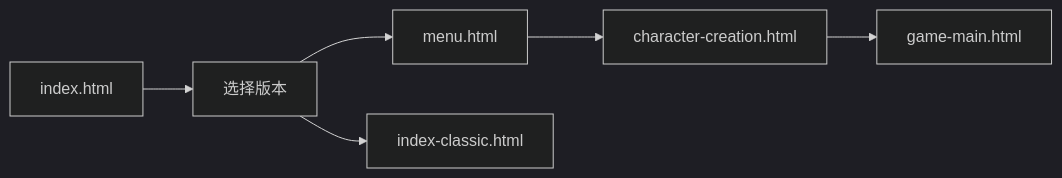
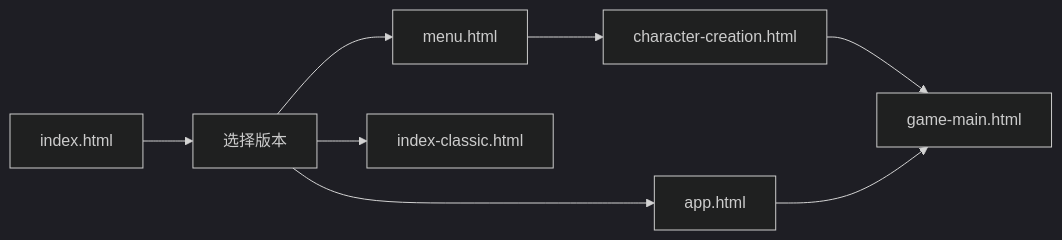
One commit to 508862940/reality changed the diagram in docs/开发文档/项目文件结构-最新.md. Above: the diagram before and after it, drawn with Mermaid (dark theme). The commit also changed other lines of this file and 9 other files, not shown here.

````diff
--- a/docs/开发文档/项目文件结构-最新.md
+++ b/docs/开发文档/项目文件结构-最新.md
@@ -78,8 +96,10 @@
 ```mermaid
 graph LR
     A[index.html] --> B[选择版本]
     B --> C[menu.html]
     B --> D[index-classic.html]
-    C --> E[character-creation.html]
-    E --> F[game-main.html]
+    B --> E[app.html]
+    C --> F[character-creation.html]
+    F --> G[game-main.html]
+    E --> G
 ```
````
